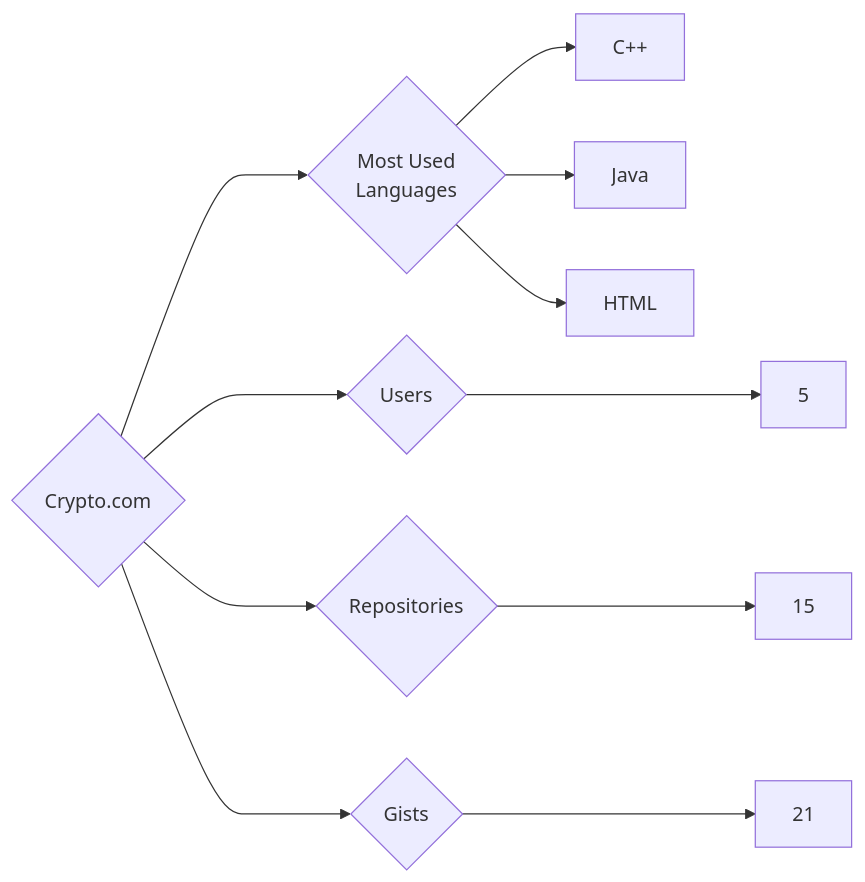
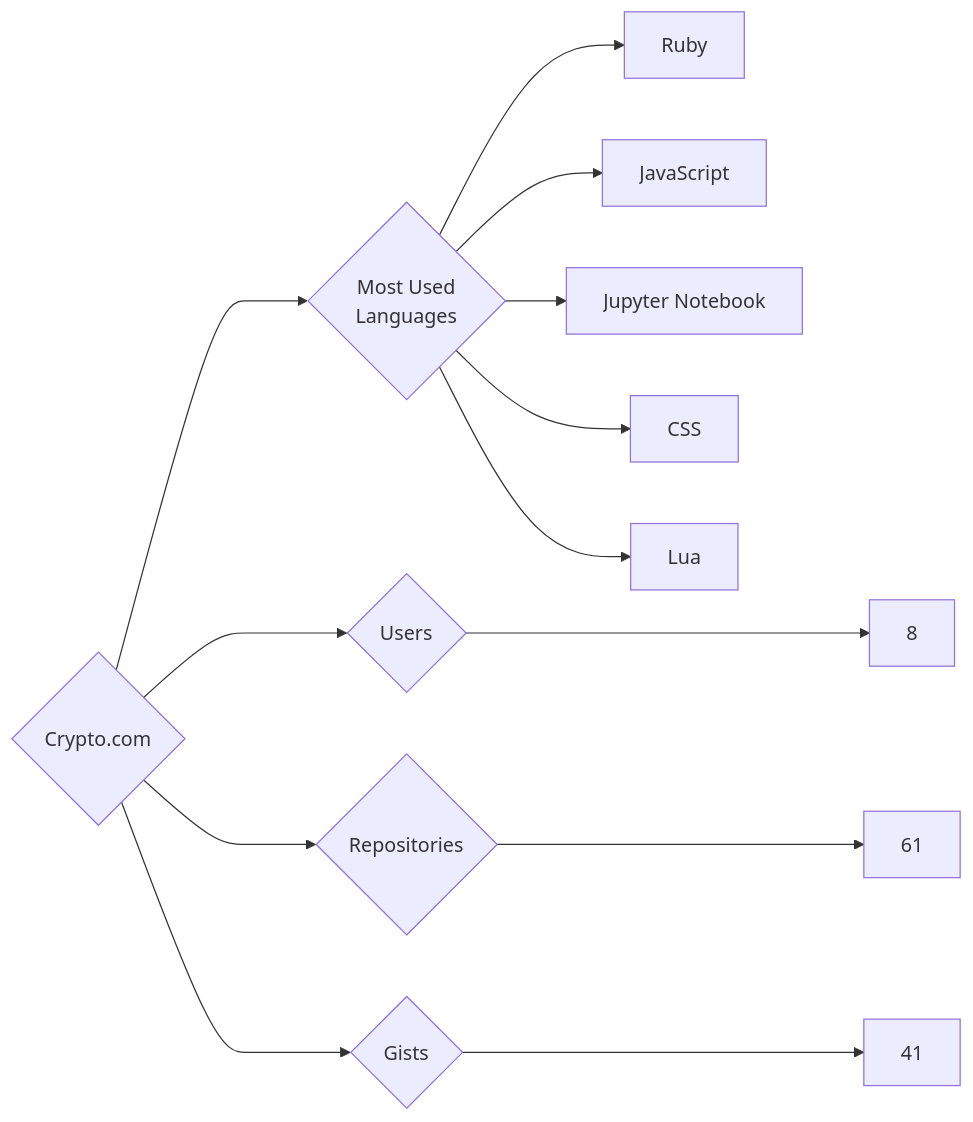
One commit to trickest/insiders changed the diagram in targets/Crypto.com/README.md. Above: the diagram before and after it, drawn with Mermaid. The commit also changed 965 other files, not shown here.

````diff
--- a/targets/Crypto.com/README.md
+++ b/targets/Crypto.com/README.md
@@ -3,11 +3,13 @@
 ```mermaid
 graph LR
 COMPANY_NAME{Crypto.com}
-COMPANY_NAME ---> U{Users} ---> UN[5]
-COMPANY_NAME ---> R{Repositories} ---> RN[15]
-COMPANY_NAME ---> G{Gists} ---> GN[21]
+COMPANY_NAME ---> U{Users} ---> UN[8]
+COMPANY_NAME ---> R{Repositories} ---> RN[61]
+COMPANY_NAME ---> G{Gists} ---> GN[41]
 COMPANY_NAME ---> ML{Most Used<br>Languages}
-ML --> C++[C++]
-ML --> Java[Java]
-ML --> HTML[HTML]
+ML --> Ruby[Ruby]
+ML --> JavaScript[JavaScript]
+ML --> Jupyter_Notebook[Jupyter Notebook]
+ML --> CSS[CSS]
+ML --> Lua[Lua]
 ```
````
